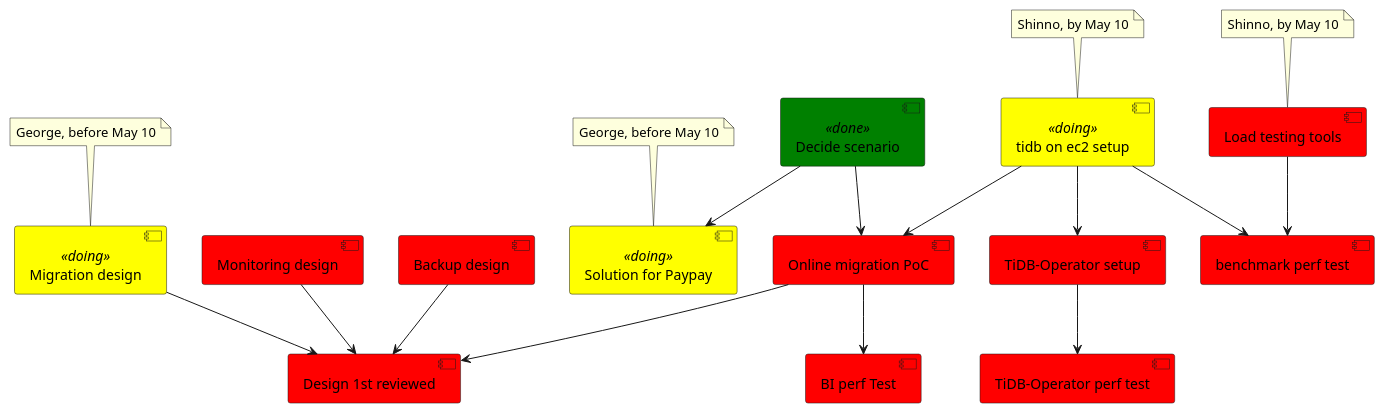
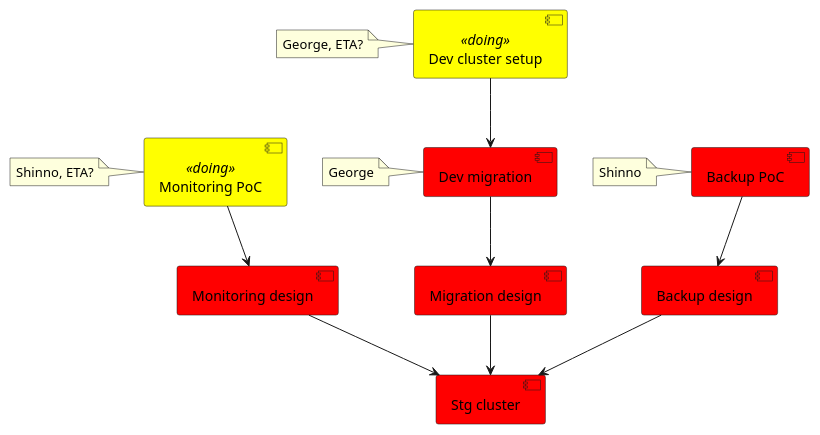
The second of 2 diagrams in pm/plan.plantuml (george24601/notes), drawn with PlantUML before and after one commit. The commit also changed other lines of this file and 6 other files, not shown here.

```diff
--- a/pm/plan.plantuml
+++ b/pm/plan.plantuml
@@ -23,28 +21,23 @@
 @startuml
 skinparam component {
 	backgroundColor<<done>> Green
 	backgroundColor<<doing>> Yellow
 	backgroundColor Red
 }
-[Solution for Paypay]<<doing>> 
-note top: George, before May 10
-[Migration design]<<doing>> 
-note top: George, before May 10
-[Decide scenario]<<done>> 
-[tidb on ec2 setup]<<doing>>
-note top: Shinno, by May 10
-[Load testing tools]
-note top: Shinno, by May 10
-[Load testing tools]  --> [benchmark perf test]
-[Decide scenario] --> [Solution for Paypay]
-[tidb on ec2 setup] --> [benchmark perf test]
-[tidb on ec2 setup] --> [Online migration PoC]
-[Decide scenario] --> [Online migration PoC]
-[Backup design] --> [Design 1st reviewed]
-[Monitoring design] --> [Design 1st reviewed]
-[Migration design] --> [Design 1st reviewed]
-[Online migration PoC] --> [Design 1st reviewed]
-[tidb on ec2 setup] --> [TiDB-Operator setup]
-[TiDB-Operator setup] --> [TiDB-Operator perf test]
-[Online migration PoC] --> [BI perf Test]
+[Monitoring PoC]<<doing>> 
+note left: Shinno, ETA?
+[Dev cluster setup]<<doing>>
+note left: George, ETA?
+[Dev migration]
+note left: George
+[Backup PoC] 
+note left: Shinno
+
+[Monitoring PoC] --> [Monitoring design] 
+[Dev cluster setup] --> [Dev migration]
+[Dev migration] --> [Migration design]
+[Backup PoC] --> [Backup design] 
+[Backup design] --> [Stg cluster]
+[Monitoring design] --> [Stg cluster]
+[Migration design] --> [Stg cluster]
 @enduml
```
